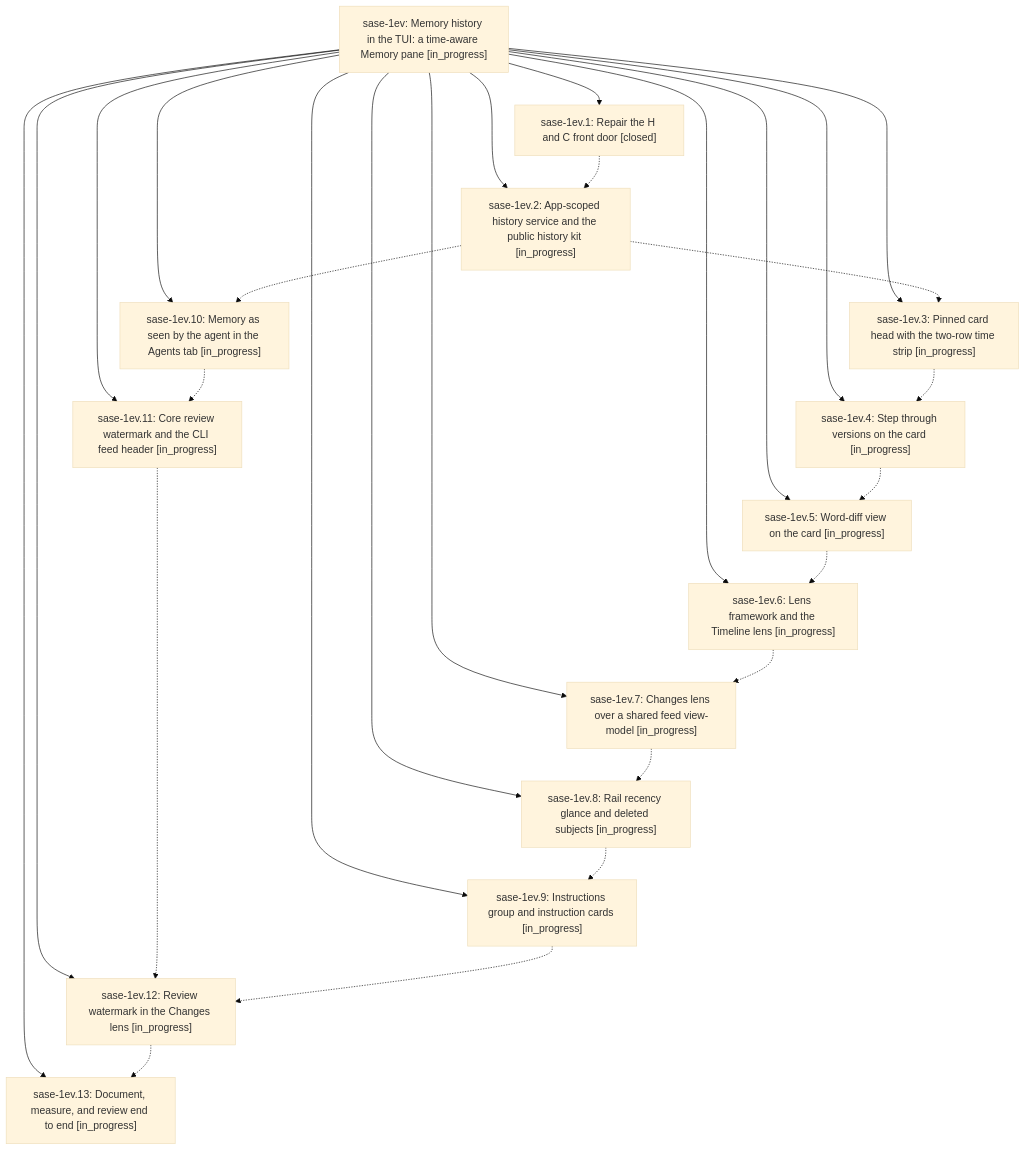
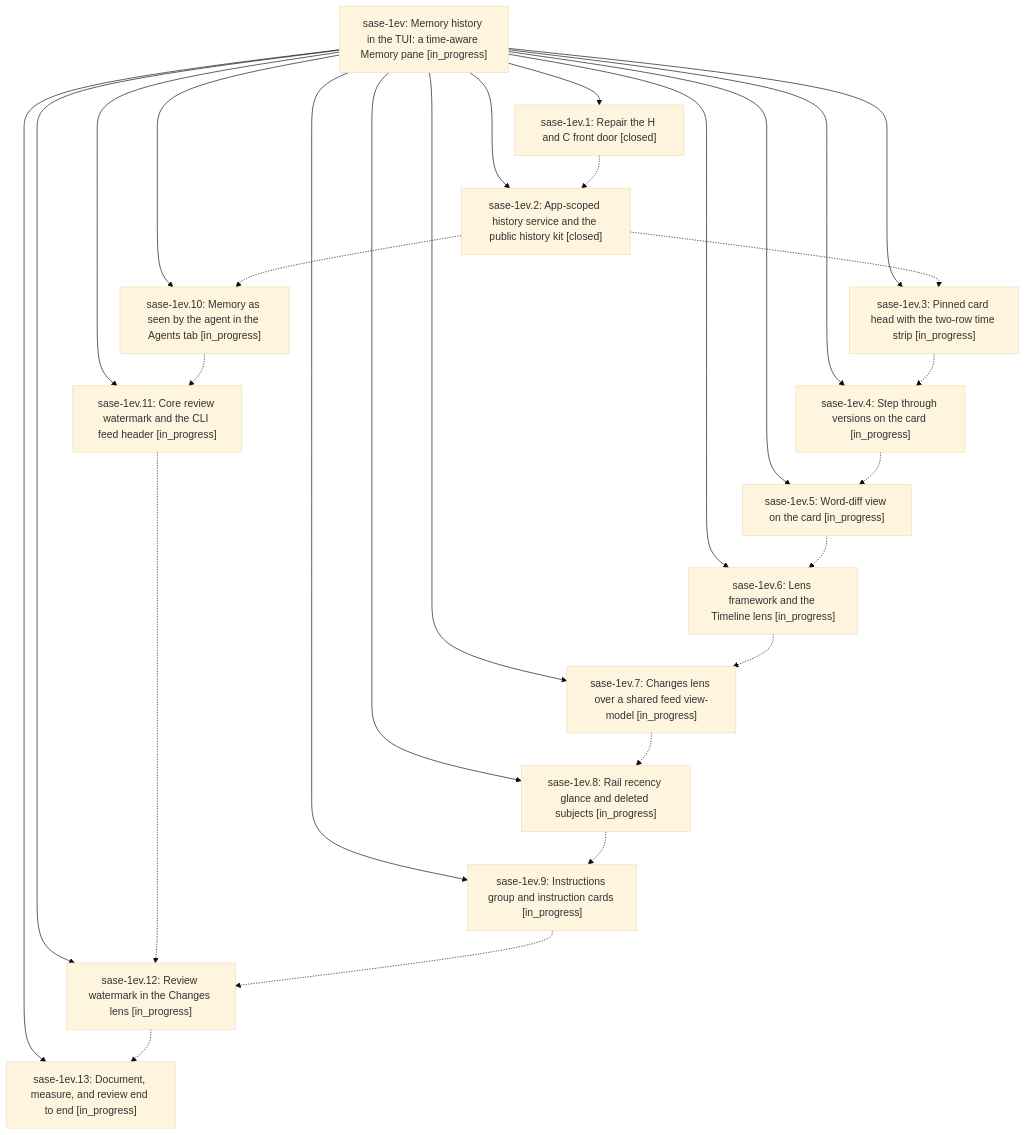
The diagram in pages/sase-1ev/README.md (sase-org/sase--beads), drawn with Mermaid (base theme) before and after one commit. The commit also changed other lines of this file and 4 other files, not shown here.

````diff
--- a/pages/sase-1ev/README.md
+++ b/pages/sase-1ev/README.md
@@ -34,43 +34,43 @@
 ```mermaid
 flowchart TD
     n0["sase-1ev: Memory history in the TUI: a time-aware Memory pane [in_progress]"]
     n1["sase-1ev.1: Repair the H and C front door [closed]"]
     n2["sase-1ev.10: Memory as seen by the agent in the Agents tab [in_progress]"]
     n3["sase-1ev.11: Core review watermark and the CLI feed header [in_progress]"]
     n4["sase-1ev.12: Review watermark in the Changes lens [in_progress]"]
     n5["sase-1ev.13: Document, measure, and review end to end [in_progress]"]
-    n6["sase-1ev.2: App-scoped history service and the public history kit [in_progress]"]
+    n6["sase-1ev.2: App-scoped history service and the public history kit [closed]"]
     n7["sase-1ev.3: Pinned card head with the two-row time strip [in_progress]"]
     n8["sase-1ev.4: Step through versions on the card [in_progress]"]
     n9["sase-1ev.5: Word-diff view on the card [in_progress]"]
     n10["sase-1ev.6: Lens framework and the Timeline lens [in_progress]"]
     n11["sase-1ev.7: Changes lens over a shared feed view-model [in_progress]"]
     n12["sase-1ev.8: Rail recency glance and deleted subjects [in_progress]"]
     n13["sase-1ev.9: Instructions group and instruction cards [in_progress]"]
     n0 --> n1
     n0 --> n2
     n0 --> n3
     n0 --> n4
     n0 --> n5
     n0 --> n6
     n0 --> n7
     n0 --> n8
     n0 --> n9
     n0 --> n10
     n0 --> n11
     n0 --> n12
     n0 --> n13
     n1 -.-> n6
     n2 -.-> n3
     n3 -.-> n4
     n4 -.-> n5
     n6 -.-> n2
     n6 -.-> n7
     n7 -.-> n8
     n8 -.-> n9
     n9 -.-> n10
     n10 -.-> n11
     n11 -.-> n12
     n12 -.-> n13
     n13 -.-> n4
 ```
````
